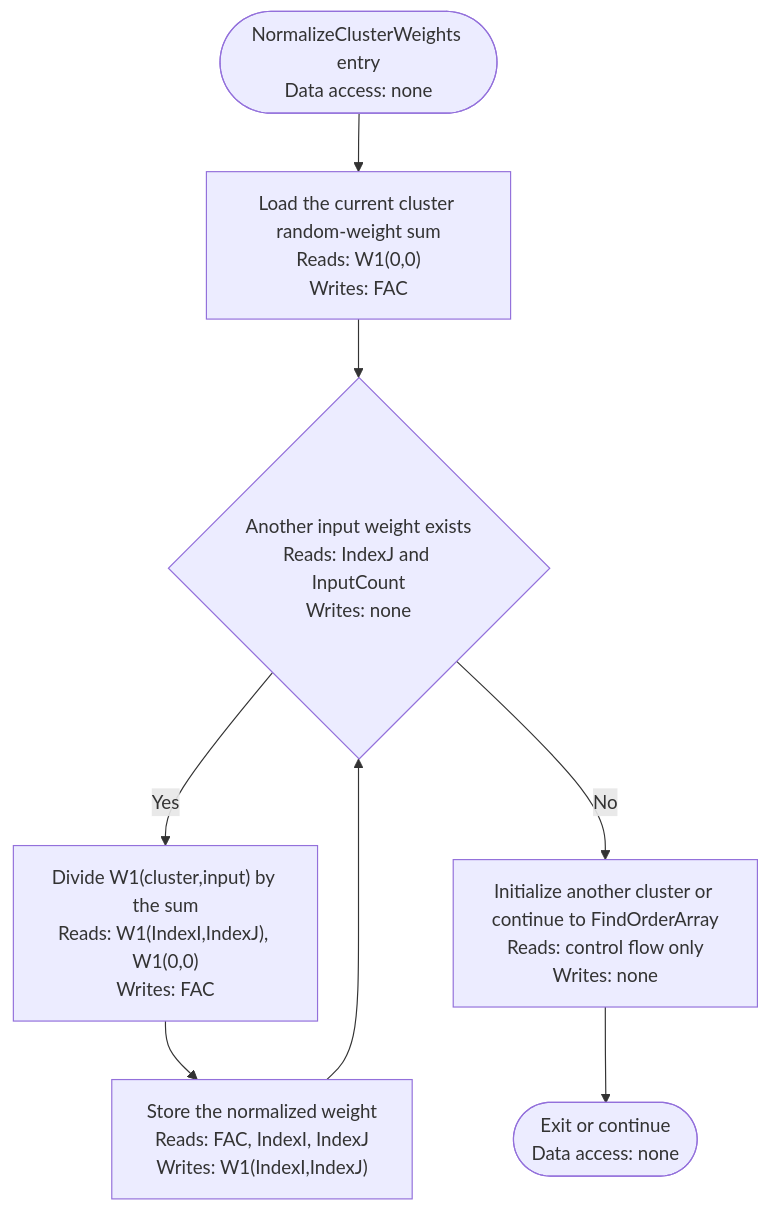
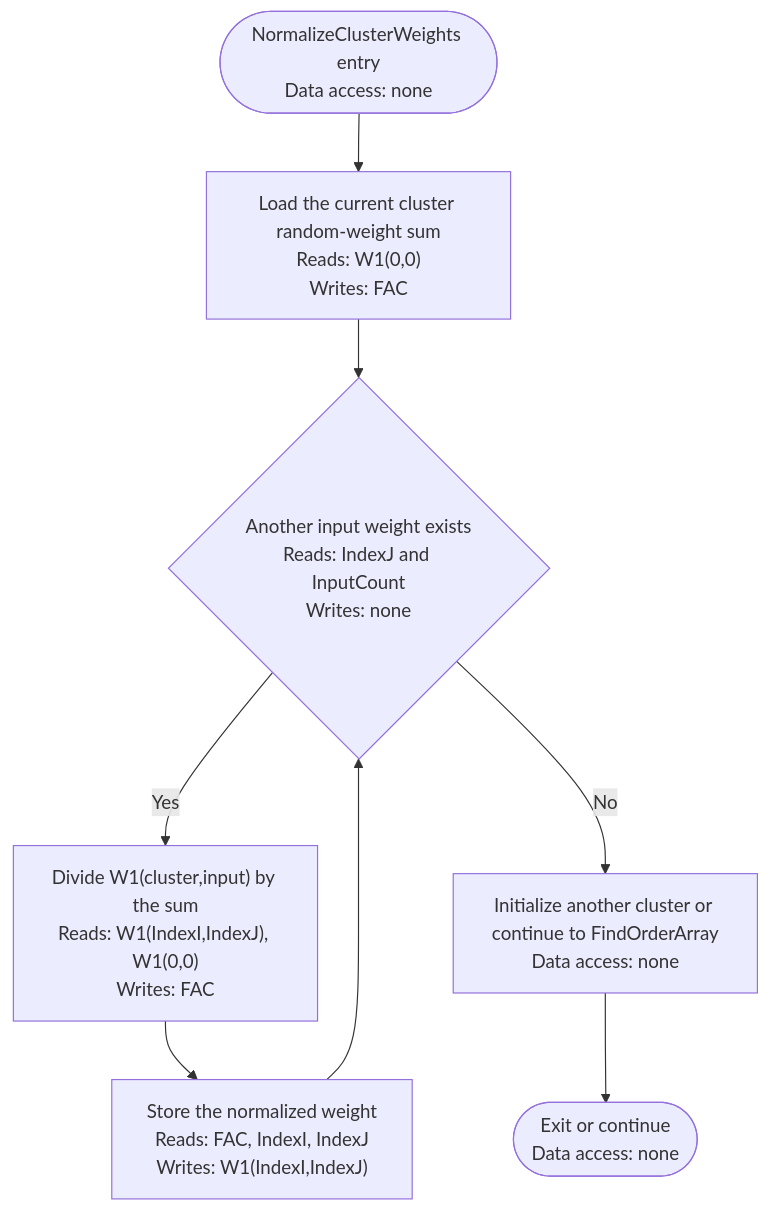
One commit to sharpninja/NeuralNetworks changed diagram 14 of 44 in docs/Diagrams/CL-ML-Activity-Diagrams.md. Above: the diagram before and after it, drawn with Mermaid. The commit also changed other lines of this file and 10 other files, not shown here.

````diff
--- a/docs/Diagrams/CL-ML-Activity-Diagrams.md
+++ b/docs/Diagrams/CL-ML-Activity-Diagrams.md
@@ -339,10 +371,10 @@
 ```mermaid
 flowchart TD
     A(["NormalizeClusterWeights entry<br/>Data access: none"]) --> B["Load the current cluster random-weight sum<br/>Reads: W1(0,0)<br/>Writes: FAC"]
     B --> C{"Another input weight exists<br/>Reads: IndexJ and InputCount<br/>Writes: none"}
     C -- Yes --> D["Divide W1(cluster,input) by the sum<br/>Reads: W1(IndexI,IndexJ), W1(0,0)<br/>Writes: FAC"]
     D --> E["Store the normalized weight<br/>Reads: FAC, IndexI, IndexJ<br/>Writes: W1(IndexI,IndexJ)"]
     E --> C
-    C -- No --> F["Initialize another cluster or continue to FindOrderArray<br/>Reads: control flow only<br/>Writes: none"]
+    C -- No --> F["Initialize another cluster or continue to FindOrderArray<br/>Data access: none"]
     F --> Z(["Exit or continue<br/>Data access: none"])
 ```
````
